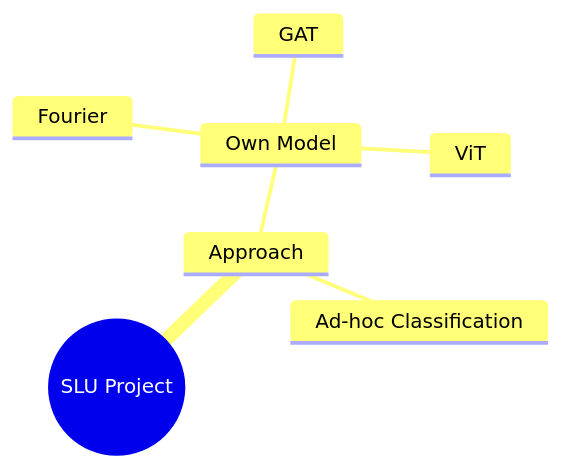
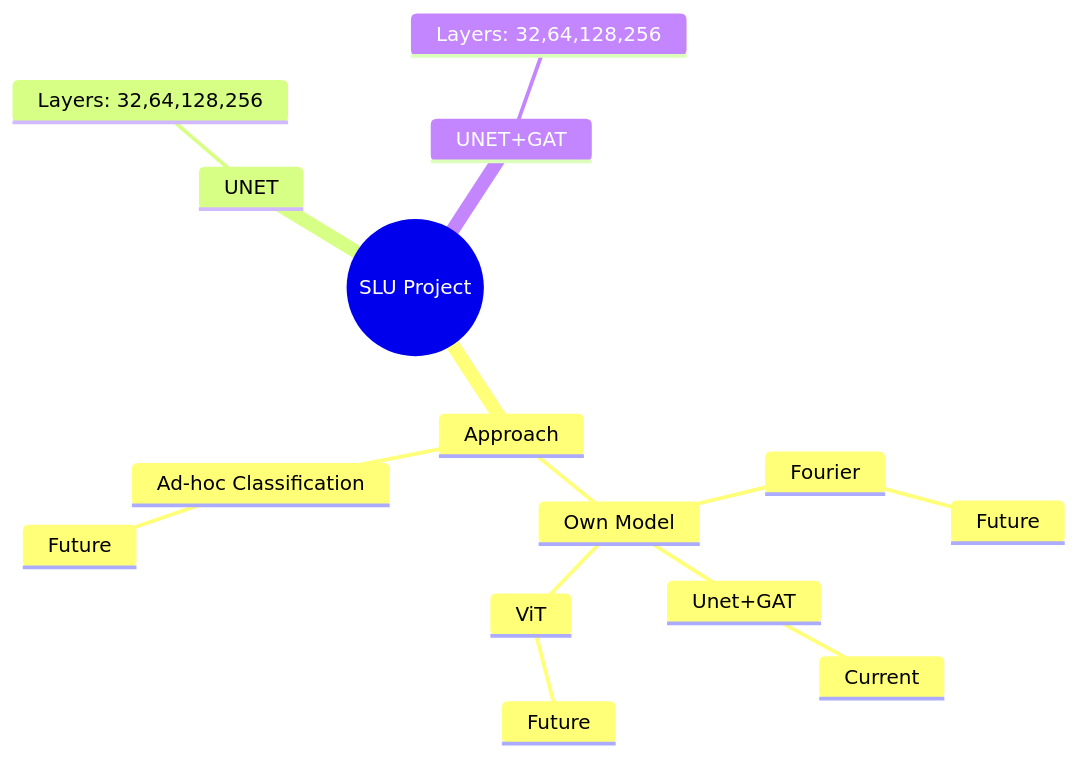
Before and after one commit to mosmar99/Streams-and-Ditches: the diagram in SLU_PROJECT.md, drawn with Mermaid. The commit also changed 20 other files, not shown here.

````diff
--- a/SLU_PROJECT.md
+++ b/SLU_PROJECT.md
@@ -1,11 +1,18 @@
 ```mermaid
     mindmap
         root((SLU Project))
             Approach
                 Own Model
                     Fourier
-                    GAT
+                        Future
+                    Unet+GAT
+                        Current
                     ViT
+                        Future
                 Ad-hoc Classification
-
+                    Future
+            UNET
+                Layers: 32,64,128,256
+            UNET+GAT
+                Layers: 32,64,128,256
 ```
````
